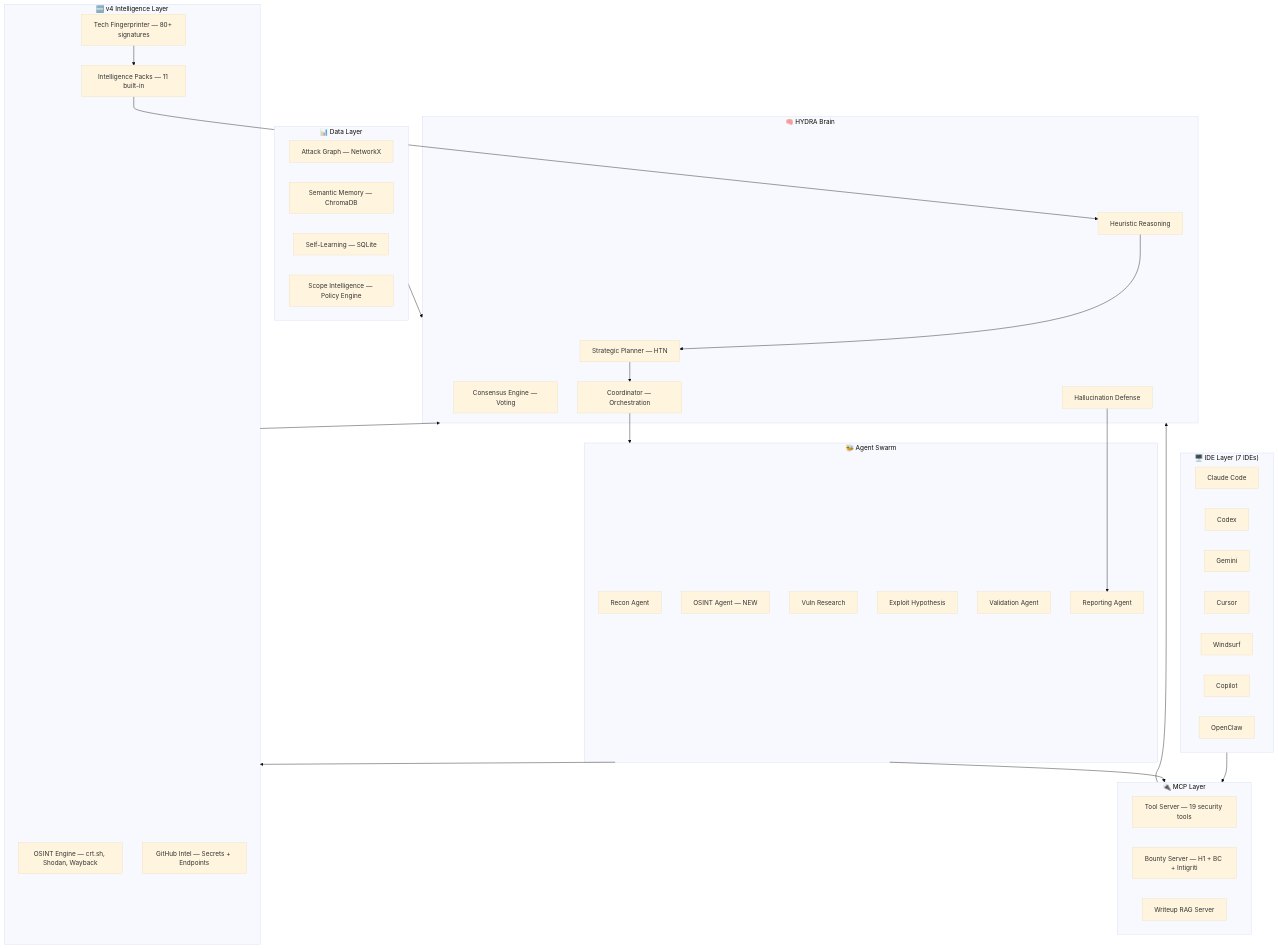
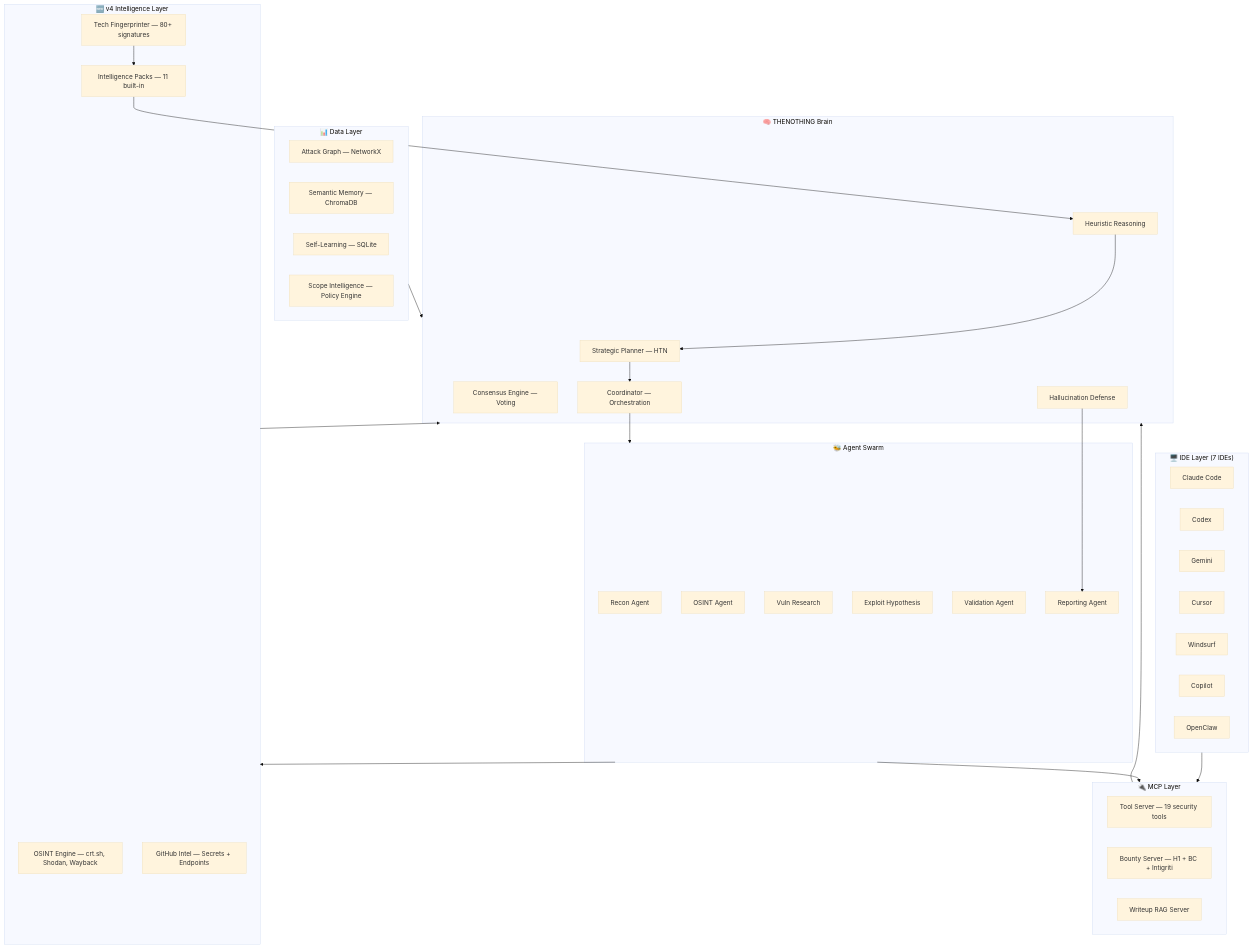
The diagram in README.md (thenothing0/THENOTHING), drawn with Mermaid (base theme) before and after one commit. The commit also changed other lines of this file and 1 other file, not shown here.

````diff
--- a/README.md
+++ b/README.md
@@ -57,62 +57,62 @@
 ```mermaid
 graph TB
     subgraph IDE["🖥️ IDE Layer (7 IDEs)"]
         CC[Claude Code]
         CX[Codex]
         GM[Gemini]
         CR[Cursor]
         WS[Windsurf]
         CP[Copilot]
         OC[OpenClaw]
     end
 
     subgraph MCP["🔌 MCP Layer"]
         MTS["Tool Server — 19 security tools"]
         MBS["Bounty Server — H1 + BC + Intigriti"]
         MWS["Writeup RAG Server"]
     end
 
-    subgraph BRAIN["🧠 HYDRA Brain"]
+    subgraph BRAIN["🧠 THENOTHING Brain"]
         PA["Strategic Planner — HTN"]
         CO["Coordinator — Orchestration"]
         CE["Consensus Engine — Voting"]
         HR["Heuristic Reasoning"]
         HD["Hallucination Defense"]
     end
 
     subgraph SWARM["🐝 Agent Swarm"]
         RA[Recon Agent]
-        OA["OSINT Agent — NEW"]
+        OA["OSINT Agent"]
         VR[Vuln Research]
         EH[Exploit Hypothesis]
         VA[Validation Agent]
         RP[Reporting Agent]
     end
 
     subgraph V4["🆕 v4 Intelligence Layer"]
         OSINT["OSINT Engine — crt.sh, Shodan, Wayback"]
         GH["GitHub Intel — Secrets + Endpoints"]
         FP["Tech Fingerprinter — 80+ signatures"]
         IP["Intelligence Packs — 11 built-in"]
     end
 
     subgraph INTEL["📊 Data Layer"]
         AG["Attack Graph — NetworkX"]
         SM["Semantic Memory — ChromaDB"]
         KG["Self-Learning — SQLite"]
         SC["Scope Intelligence — Policy Engine"]
     end
 
     IDE --> MCP
     MCP --> BRAIN
     PA --> CO
     CO --> SWARM
     SWARM --> V4
     SWARM --> MCP
     V4 --> BRAIN
     INTEL --> BRAIN
     HR --> PA
     FP --> IP
     IP --> HR
     HD --> RP
 ```
````
